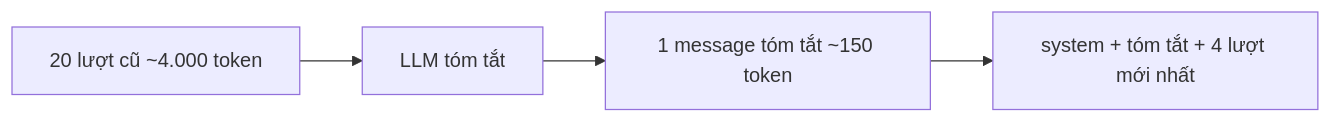
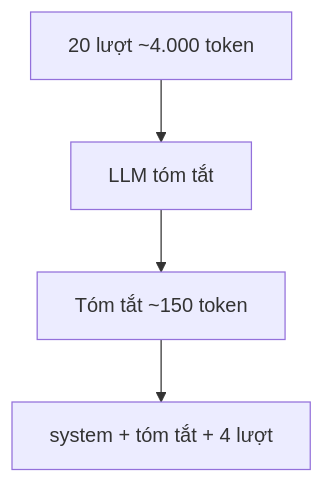
One commit to ht-nah98/ai-academy changed the third of 4 diagrams in academy/curriculum/L05-hoi-thoai-context-window/lesson.md. Above: the diagram before and after it, drawn with Mermaid. The commit also changed other lines of this file and 54 other files, not shown here.

````diff
--- a/academy/curriculum/L05-hoi-thoai-context-window/lesson.md
+++ b/academy/curriculum/L05-hoi-thoai-context-window/lesson.md
@@ -126,6 +126,6 @@
 ```mermaid
-flowchart LR
-    H["20 lượt cũ ~4.000 token"] --> T["LLM tóm tắt"]
-    T --> S["1 message tóm tắt ~150 token"]
-    S --> M["system + tóm tắt + 4 lượt mới nhất"]
+flowchart TD
+    H["20 lượt ~4.000 token"] --> T["LLM tóm tắt"]
+    T --> S["Tóm tắt ~150 token"]
+    S --> M["system + tóm tắt + 4 lượt"]
 ```
````
